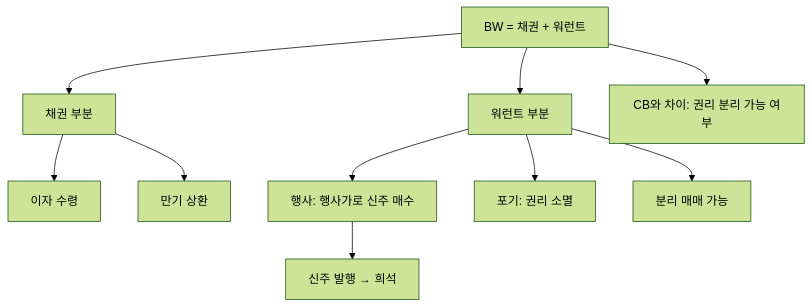
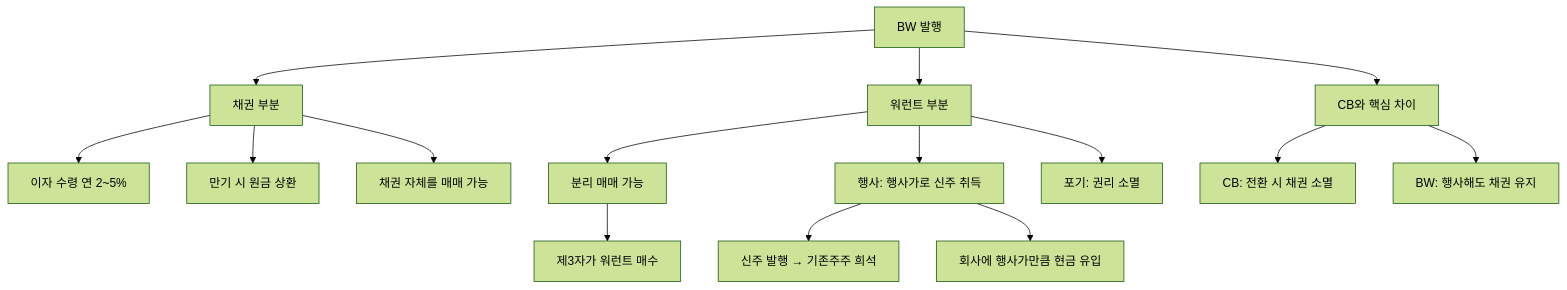
The diagram in content/stock-terms/ko/level-07-earnings/bond-with-warrant.md (yeongseon/stock-visual-note), drawn with Mermaid (forest theme) before and after one commit. The commit also changed other lines of this file and 9 other files, not shown here.

Commit message:
content: rewrite level-07 (10 articles) — richer diagrams, realistic scenarios, blog tone

````diff
--- a/content/stock-terms/ko/level-07-earnings/bond-with-warrant.md
+++ b/content/stock-terms/ko/level-07-earnings/bond-with-warrant.md
@@ -42,13 +43,18 @@
 ```mermaid
 graph TD
-    A["BW = 채권 + 워런트"]
+    A["BW 발행"]
     A --> B["채권 부분"]
     A --> C["워런트 부분"]
-    B --> B1["이자 수령"]
-    B --> B2["만기 상환"]
-    C --> C1["행사: 행사가로 신주 매수"]
-    C --> C2["포기: 권리 소멸"]
-    C --> C3["분리 매매 가능"]
-    C1 --> D["신주 발행 → 희석"]
-    A --> E["CB와 차이: 권리 분리 가능 여부"]
+    B --> B1["이자 수령 연 2~5%"]
+    B --> B2["만기 시 원금 상환"]
+    B --> B3["채권 자체를 매매 가능"]
+    C --> C1["분리 매매 가능"]
+    C --> C2["행사: 행사가로 신주 취득"]
+    C --> C3["포기: 권리 소멸"]
+    C1 --> D["제3자가 워런트 매수"]
+    C2 --> E["신주 발행 → 기존주주 희석"]
+    C2 --> F["회사에 행사가만큼 현금 유입"]
+    A --> G["CB와 핵심 차이"]
+    G --> G1["CB: 전환 시 채권 소멸"]
+    G --> G2["BW: 행사해도 채권 유지"]
 ```
````
